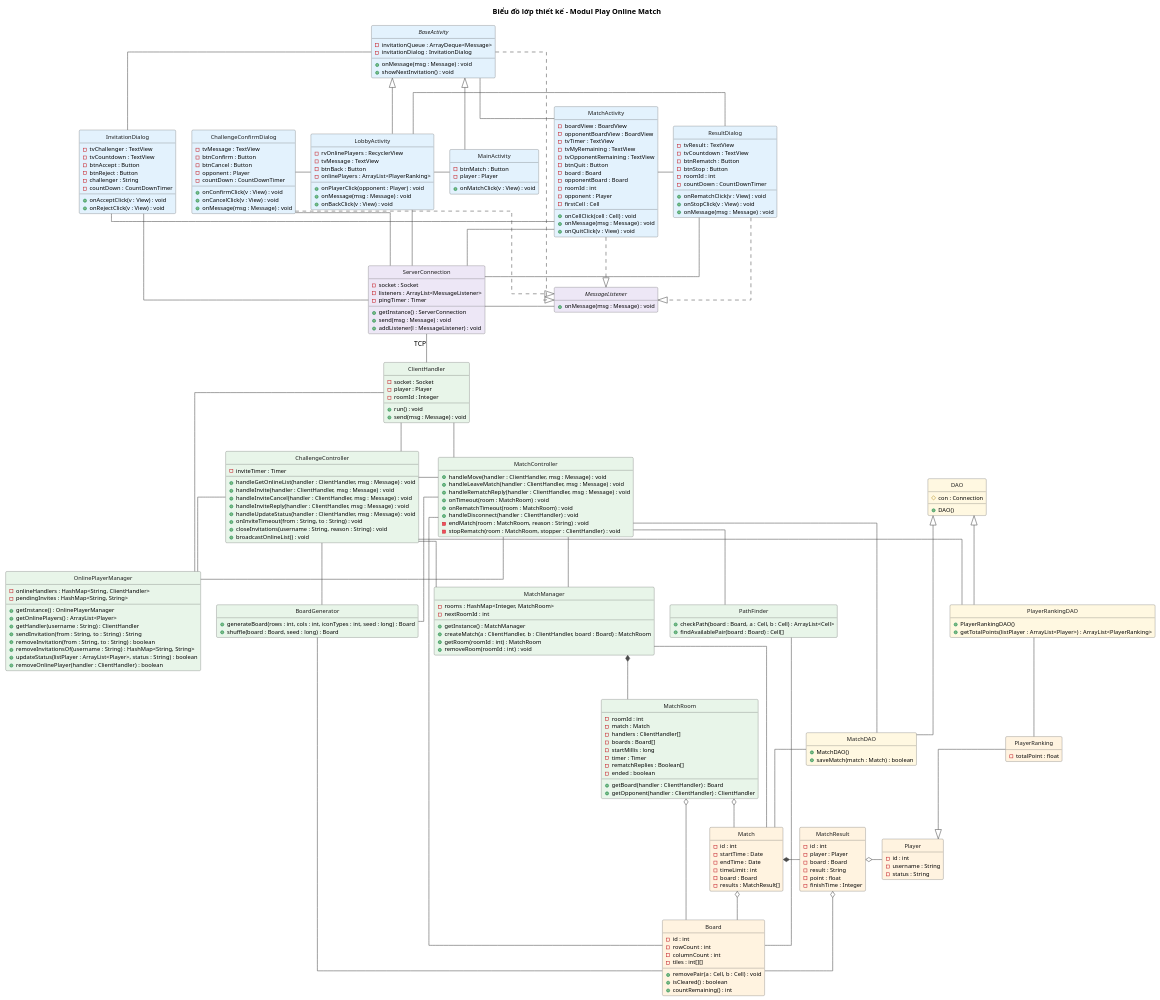
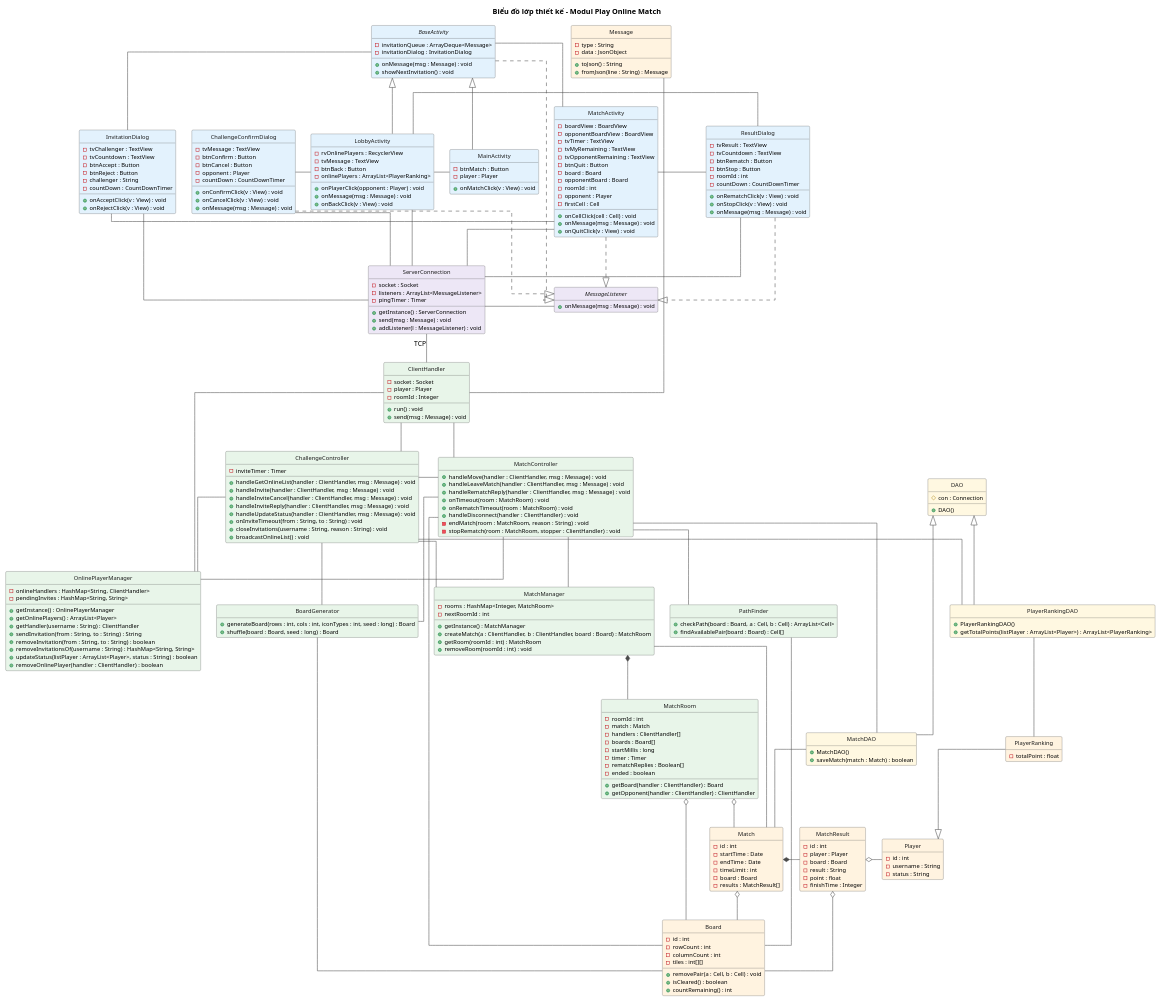
The diagram in docs/uml/pha3/class-design-m4.puml (VattenL/mobile-pikachu), drawn with PlantUML before and after one commit. The commit also changed 13 other files, not shown here.

```diff
--- a/docs/uml/pha3/class-design-m4.puml
+++ b/docs/uml/pha3/class-design-m4.puml
@@ -197,7 +197,14 @@
   + getTotalPoints(listPlayer : ArrayList<Player>) : ArrayList<PlayerRanking>
 }
 
-' ===== core: lop thuc the =====
+' ===== core: lop thuc the va message =====
+class Message #FFF3E0 {
+  - type : String
+  - data : JsonObject
+  + toJson() : String
+  + fromJson(line : String) : Message
+}
+
 class Player #FFF3E0 {
   - id : int
   - username : String
@@ -294,4 +301,5 @@
 Match o-down- Board
 MatchResult o-[norank]- Board
 PathFinder -[norank]- Board
+ClientHandler -[norank]- Message
 @enduml
```
